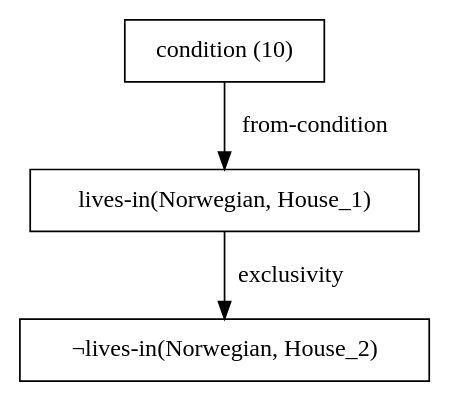
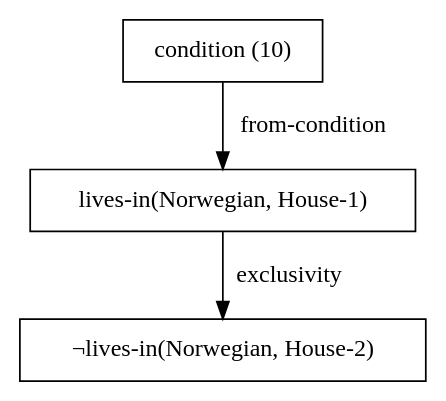
One commit to agutikov/ein changed the fourth of 6 diagrams in docs/kernel/ir/03-ein-lang/04_dot_rendering.md. Above: the diagram before and after it, drawn with Graphviz. The commit also changed other lines of this file and 90 other files, not shown here.

````diff
--- a/docs/kernel/ir/03-ein-lang/04_dot_rendering.md
+++ b/docs/kernel/ir/03-ein-lang/04_dot_rendering.md
@@ -121,9 +121,9 @@
 ```dot
 digraph derivation {
   c10 [shape=rectangle, label="condition (10)"];
-  s1  [shape=rectangle, label="lives-in(Norwegian, House_1)"];
-  s2  [shape=rectangle, label="¬lives-in(Norwegian, House_2)"];
+  s1  [shape=rectangle, label="lives-in(Norwegian, House-1)"];
+  s2  [shape=rectangle, label="¬lives-in(Norwegian, House-2)"];
   c10 -> s1 [label="from-condition"];
   s1  -> s2 [label="exclusivity"];
 }
 ```
````
